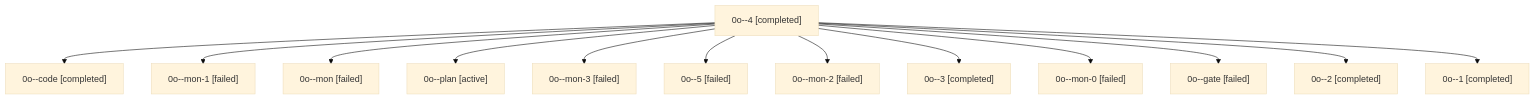
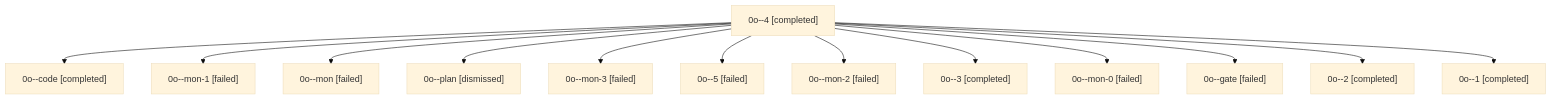
Before and after one commit to sase-org/sase--agents: the diagram in sessions/bbugyi200.apollo.0o.md, drawn with Mermaid (base theme). The commit also changed other lines of this file and 45 other files, not shown here.

````diff
--- a/sessions/bbugyi200.apollo.0o.md
+++ b/sessions/bbugyi200.apollo.0o.md
@@ -9,28 +9,28 @@
 ```mermaid
 flowchart TD
   n0["0o--4 [completed]"]
   n1["0o--code [completed]"]
   n0 --> n1
   n2["0o--mon-1 [failed]"]
   n0 --> n2
   n3["0o--mon [failed]"]
   n0 --> n3
-  n4["0o--plan [active]"]
+  n4["0o--plan [dismissed]"]
   n0 --> n4
   n5["0o--mon-3 [failed]"]
   n0 --> n5
   n6["0o--5 [failed]"]
   n0 --> n6
   n7["0o--mon-2 [failed]"]
   n0 --> n7
   n8["0o--3 [completed]"]
   n0 --> n8
   n9["0o--mon-0 [failed]"]
   n0 --> n9
   n10["0o--gate [failed]"]
   n0 --> n10
   n11["0o--2 [completed]"]
   n0 --> n11
   n12["0o--1 [completed]"]
   n0 --> n12
 ```
````
